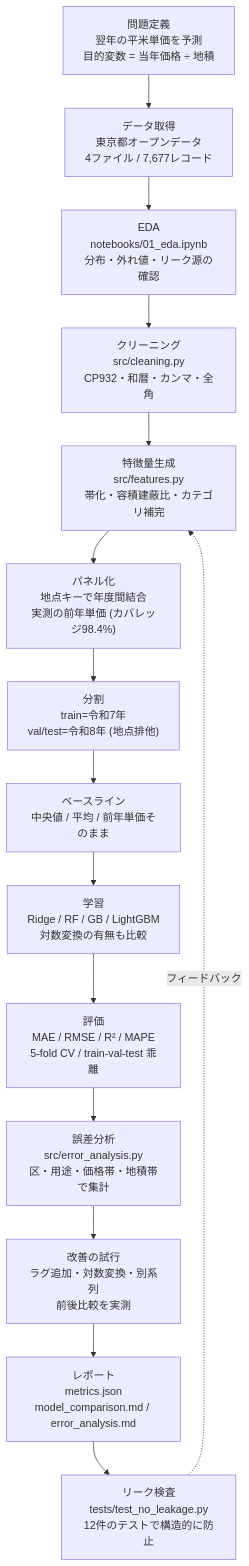
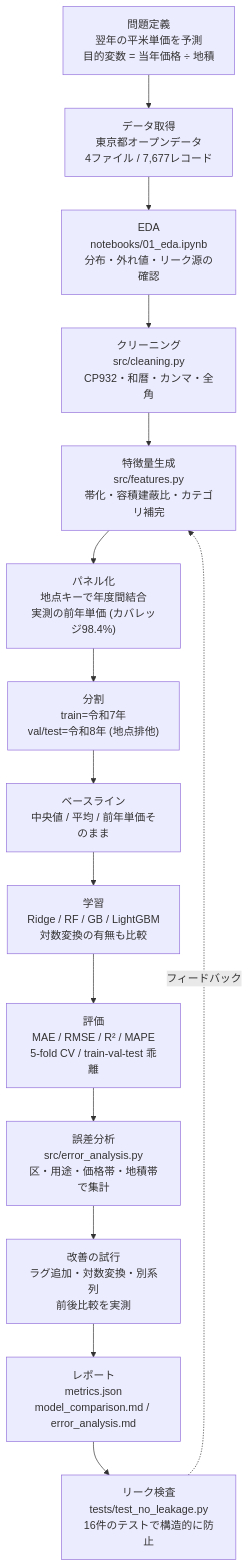
The diagram in README.md (shiyuanyeming-hub/tokyo-land-price-ml), drawn with Mermaid before and after one commit. The commit also changed other lines of this file and 16 other files, not shown here.

````diff
--- a/README.md
+++ b/README.md
@@ -172,17 +185,17 @@
 ```mermaid
 flowchart TD
     A["問題定義<br/>翌年の平米単価を予測<br/>目的変数 = 当年価格 ÷ 地積"] --> B["データ取得<br/>東京都オープンデータ<br/>4ファイル / 7,677レコード"]
     B --> C["EDA<br/>notebooks/01_eda.ipynb<br/>分布・外れ値・リーク源の確認"]
     C --> D["クリーニング<br/>src/cleaning.py<br/>CP932・和暦・カンマ・全角"]
     D --> E["特徴量生成<br/>src/features.py<br/>帯化・容積建蔽比・カテゴリ補完"]
     E --> F["パネル化<br/>地点キーで年度間結合<br/>実測の前年単価 (カバレッジ98.4%)"]
     F --> G["分割<br/>train=令和7年<br/>val/test=令和8年 (地点排他)"]
     G --> H["ベースライン<br/>中央値 / 平均 / 前年単価そのまま"]
     H --> I["学習<br/>Ridge / RF / GB / LightGBM<br/>対数変換の有無も比較"]
     I --> J["評価<br/>MAE / RMSE / R² / MAPE<br/>5-fold CV / train-val-test 乖離"]
     J --> K["誤差分析<br/>src/error_analysis.py<br/>区・用途・価格帯・地積帯で集計"]
     K --> L["改善の試行<br/>ラグ追加・対数変換・別系列<br/>前後比較を実測"]
     L --> M["レポート<br/>metrics.json<br/>model_comparison.md / error_analysis.md"]
-    M --> N["リーク検査<br/>tests/test_no_leakage.py<br/>12件のテストで構造的に防止"]
+    M --> N["リーク検査<br/>tests/test_no_leakage.py<br/>16件のテストで構造的に防止"]
     N -.->|"フィードバック"| E
 ```
````
